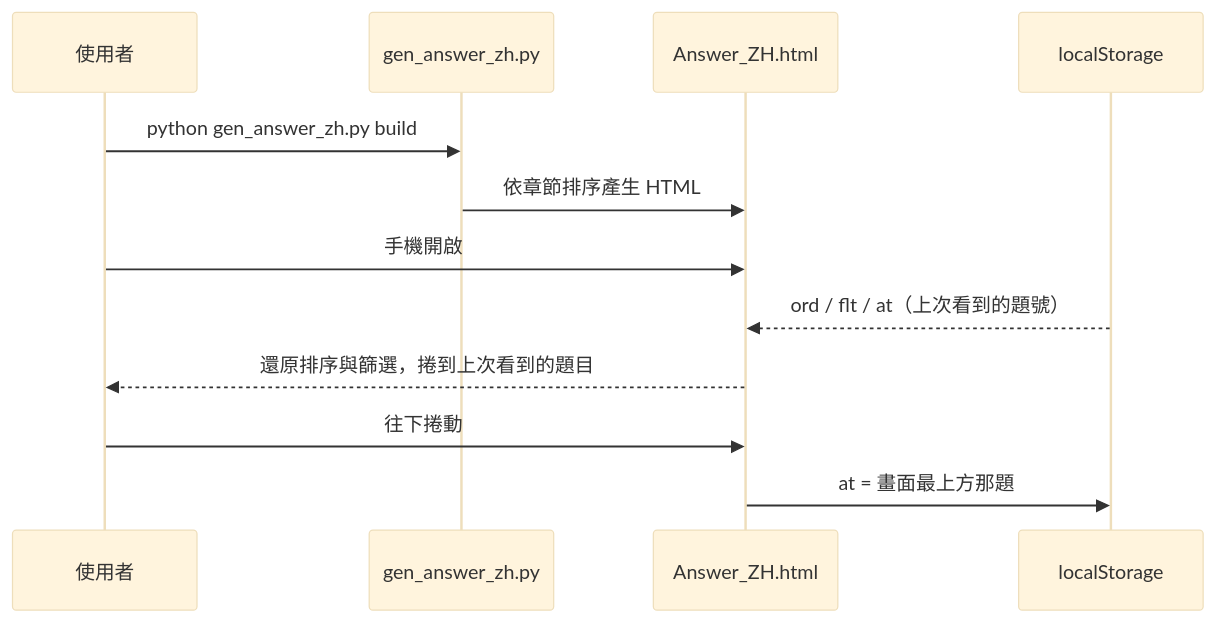
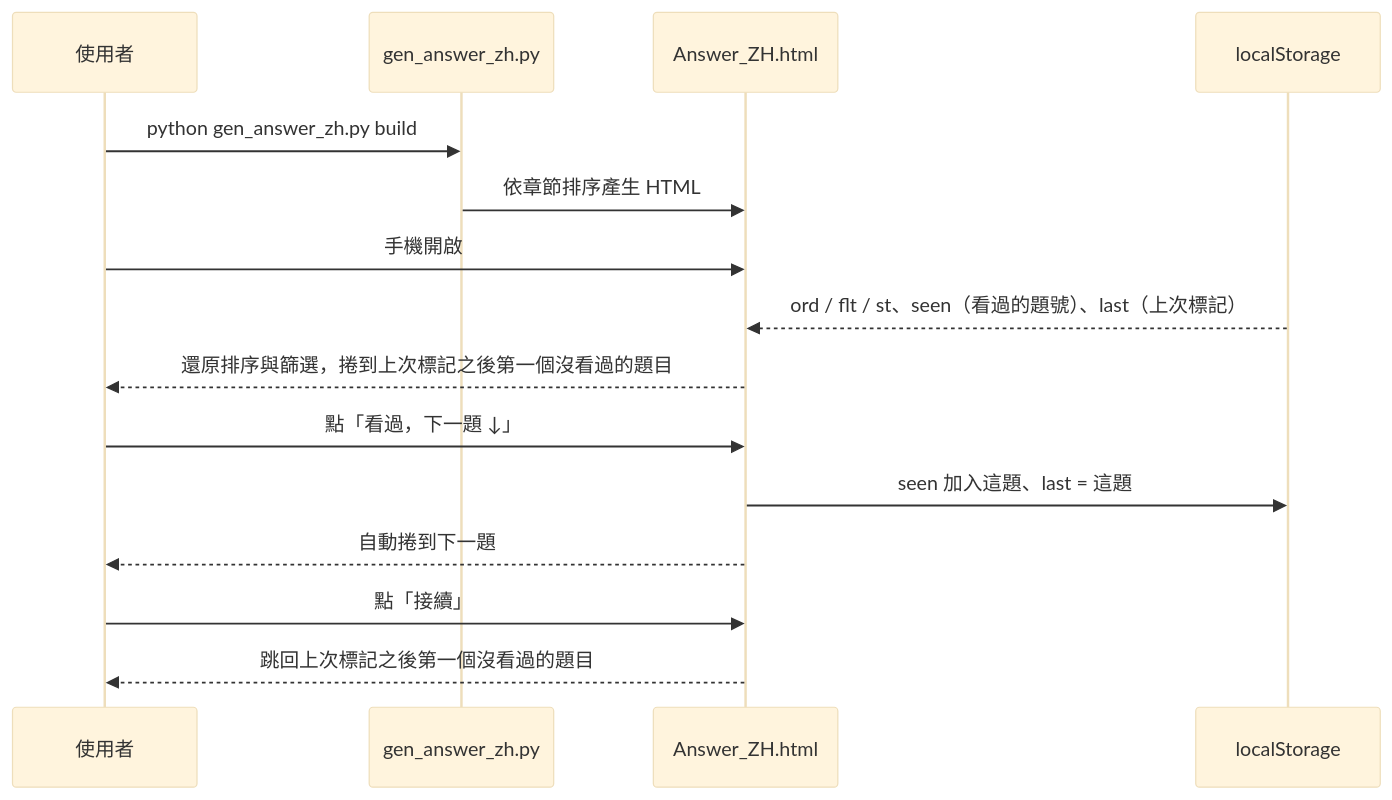
Before and after one commit to cuteman0725/aws-dea-c01-question-bank: the third of 5 diagrams in gen_answer_zh.md, drawn with Mermaid (base theme). The commit also changed other lines of this file and 3 other files, not shown here.

````diff
--- a/gen_answer_zh.md
+++ b/gen_answer_zh.md
@@ -84,14 +84,17 @@
 ```mermaid
 sequenceDiagram
     participant U as 使用者
     participant S as gen_answer_zh.py
     participant H as Answer_ZH.html
     participant L as localStorage
     U->>S: python gen_answer_zh.py build
     S->>H: 依章節排序產生 HTML
     U->>H: 手機開啟
-    L-->>H: ord / flt / at（上次看到的題號）
-    H-->>U: 還原排序與篩選，捲到上次看到的題目
-    U->>H: 往下捲動
-    H->>L: at = 畫面最上方那題
+    L-->>H: ord / flt / st、seen（看過的題號）、last（上次標記）
+    H-->>U: 還原排序與篩選，捲到上次標記之後第一個沒看過的題目
+    U->>H: 點「看過，下一題 ↓」
+    H->>L: seen 加入這題、last = 這題
+    H-->>U: 自動捲到下一題
+    U->>H: 點「接續」
+    H-->>U: 跳回上次標記之後第一個沒看過的題目
 ```
````
